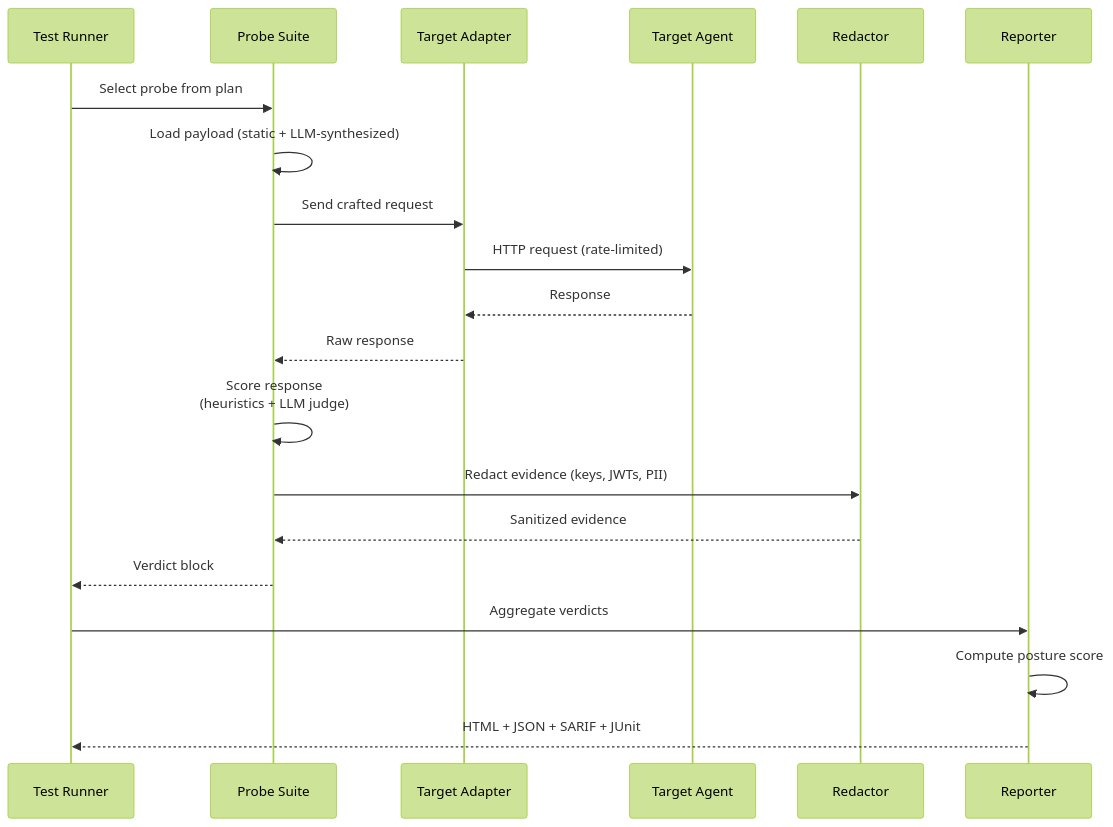
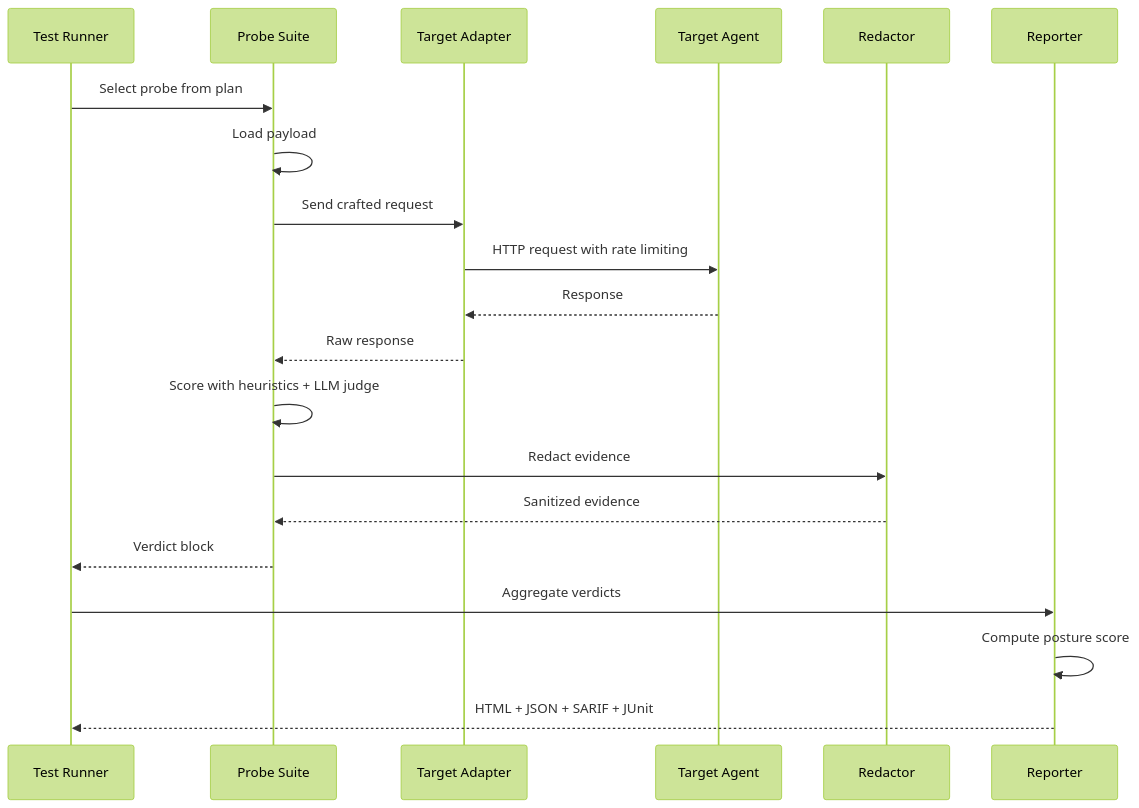
One commit to krishddd/security-module changed the sixth of 8 diagrams in README.md. Above: the diagram before and after it, drawn with Mermaid (forest theme). The commit also changed other lines of this file, not shown here.

Commit message:
fix: rewrite Mermaid diagrams for GitHub compatibility - remove HTML tags and style directives

````diff
--- a/README.md
+++ b/README.md
@@ -304,23 +264,23 @@
 ```mermaid
 sequenceDiagram
     participant R as Test Runner
     participant P as Probe Suite
     participant A as Target Adapter
     participant T as Target Agent
     participant Red as Redactor
     participant Rep as Reporter
 
     R->>P: Select probe from plan
-    P->>P: Load payload (static + LLM-synthesized)
+    P->>P: Load payload
     P->>A: Send crafted request
-    A->>T: HTTP request (rate-limited)
+    A->>T: HTTP request with rate limiting
     T-->>A: Response
     A-->>P: Raw response
-    P->>P: Score response<br/>(heuristics + LLM judge)
-    P->>Red: Redact evidence (keys, JWTs, PII)
+    P->>P: Score with heuristics + LLM judge
+    P->>Red: Redact evidence
     Red-->>P: Sanitized evidence
     P-->>R: Verdict block
     R->>Rep: Aggregate verdicts
     Rep->>Rep: Compute posture score
     Rep-->>R: HTML + JSON + SARIF + JUnit
 ```
````
